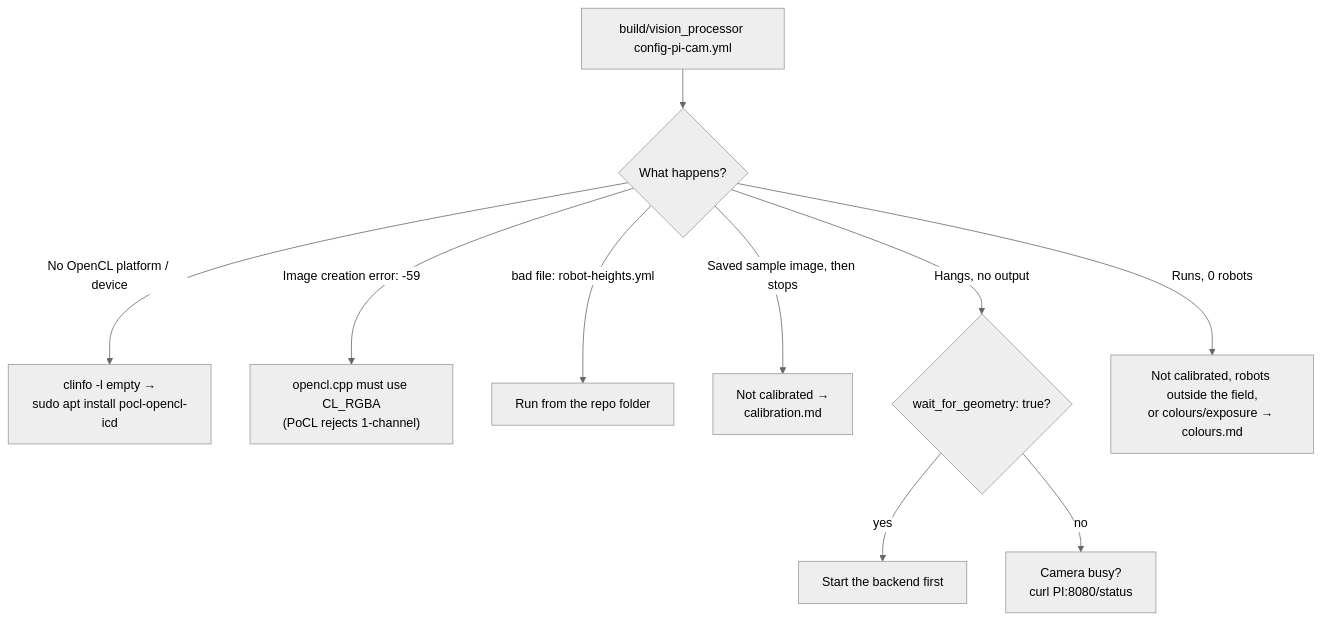
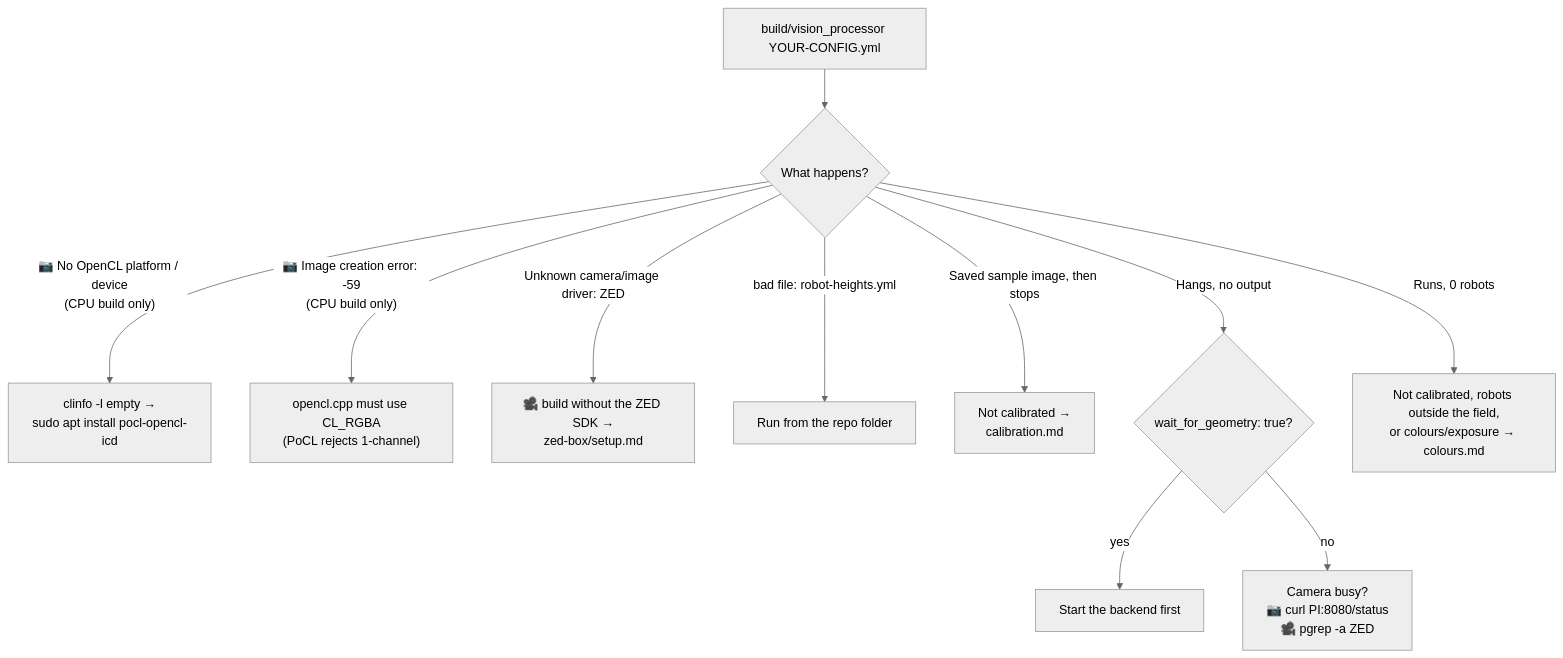
The second of 4 diagrams in docs/troubleshooting.md (WSU-TurtleRabbit/ssl-vision-processor), drawn with Mermaid (neutral theme) before and after one commit. The commit also changed other lines of this file and 19 other files, not shown here.

````diff
--- a/docs/troubleshooting.md
+++ b/docs/troubleshooting.md
@@ -26,12 +26,13 @@
 ```mermaid
 flowchart TD
-    A["build/vision_processor config-pi-cam.yml"] --> B{"What happens?"}
-    B -->|"No OpenCL platform / device"| B1["clinfo -l empty →<br/>sudo apt install pocl-opencl-icd"]
-    B -->|"Image creation error: -59"| B2["opencl.cpp must use CL_RGBA<br/>(PoCL rejects 1-channel)"]
+    A["build/vision_processor YOUR-CONFIG.yml"] --> B{"What happens?"}
+    B -->|"📷 No OpenCL platform / device<br/>(CPU build only)"| B1["clinfo -l empty →<br/>sudo apt install pocl-opencl-icd"]
+    B -->|"📷 Image creation error: -59<br/>(CPU build only)"| B9["opencl.cpp must use CL_RGBA<br/>(PoCL rejects 1-channel)"]
+    B -->|"Unknown camera/image driver: ZED"| B2["🎥 build without the ZED SDK →<br/>zed-box/setup.md"]
     B -->|"bad file: robot-heights.yml"| B3["Run from the repo folder"]
     B -->|"Saved sample image, then stops"| B4["Not calibrated →<br/>calibration.md"]
     B -->|"Hangs, no output"| B5{"wait_for_geometry: true?"}
     B5 -->|yes| B6["Start the backend first"]
-    B5 -->|no| B7["Camera busy?<br/>curl PI:8080/status"]
+    B5 -->|no| B7["Camera busy?<br/>📷 curl PI:8080/status<br/>🎥 pgrep -a ZED"]
     B -->|"Runs, 0 robots"| B8["Not calibrated, robots outside the field,<br/>or colours/exposure → colours.md"]
 ```
````
